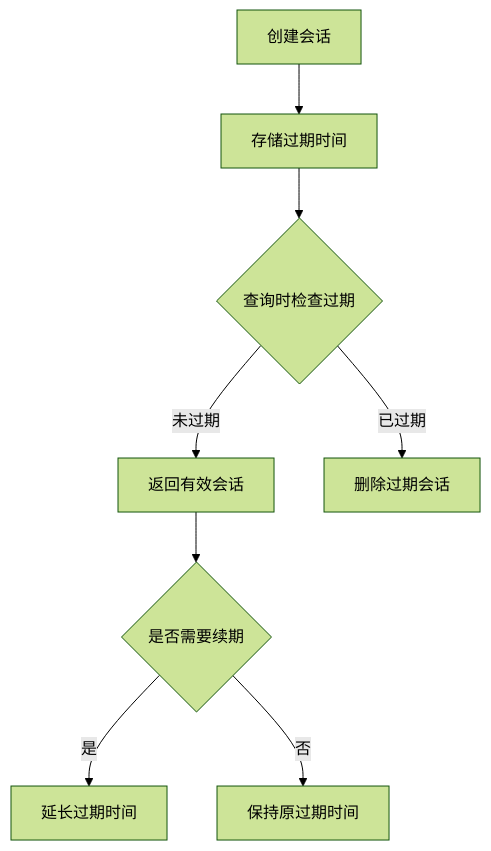
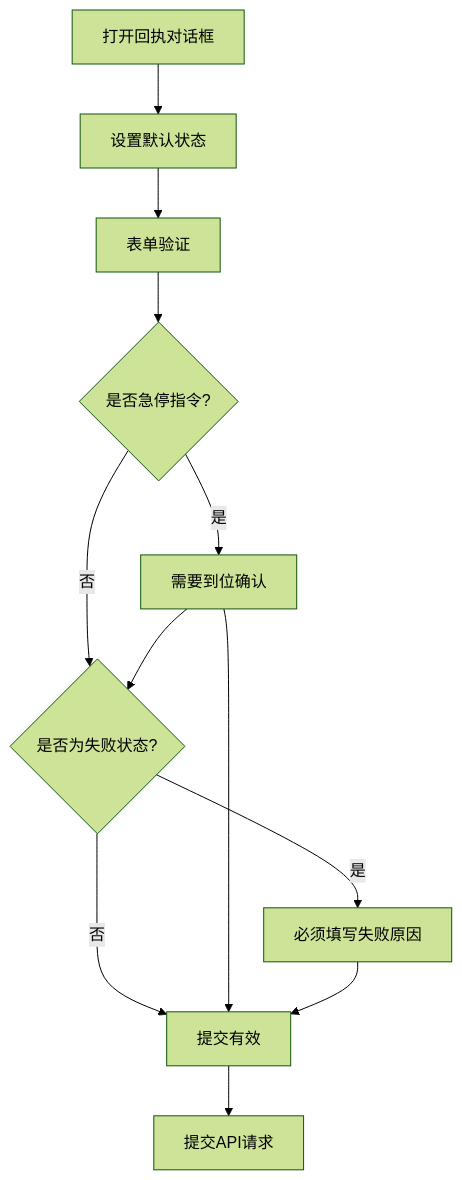
Diagram 25 of 28 in .qoder/repowiki/zh/content/测试策略/测试策略.md (q446328246/agri-platform), drawn with Mermaid (forest theme) before and after one commit. The commit also changed other lines of this file and 35 other files, not shown here.

````diff
--- a/.qoder/repowiki/zh/content/测试策略/测试策略.md
+++ b/.qoder/repowiki/zh/content/测试策略/测试策略.md
@@ -701,10 +729,14 @@
 ```mermaid
 flowchart TD
-CreateSession["创建会话"] --> StoreExpiry["存储过期时间"]
-StoreExpiry --> QueryCheck{"查询时检查过期"}
-QueryCheck --> |未过期| ReturnValid["返回有效会话"]
-QueryCheck --> |已过期| DeleteExpired["删除过期会话"]
-ReturnValid --> RenewCheck{"是否需要续期"}
-RenewCheck --> |是| ExtendExpiry["延长过期时间"]
-RenewCheck --> |否| KeepOriginal["保持原过期时间"]
+OpenDialog["打开回执对话框"] --> SetDefault["设置默认状态"]
+SetDefault --> ValidateForm["表单验证"]
+ValidateForm --> CheckEStop{"是否急停指令?"}
+CheckEStop --> |是| RequireConfirm["需要到位确认"]
+CheckEStop --> |否| CheckFailed{"是否为失败状态?"}
+RequireConfirm --> CheckFailed
+CheckFailed --> |是| RequireMessage["必须填写失败原因"]
+CheckFailed --> |否| SubmitValid["提交有效"]
+RequireConfirm --> SubmitValid
+RequireMessage --> SubmitValid
+SubmitValid --> SubmitAPI["提交API请求"]
 ```
````
